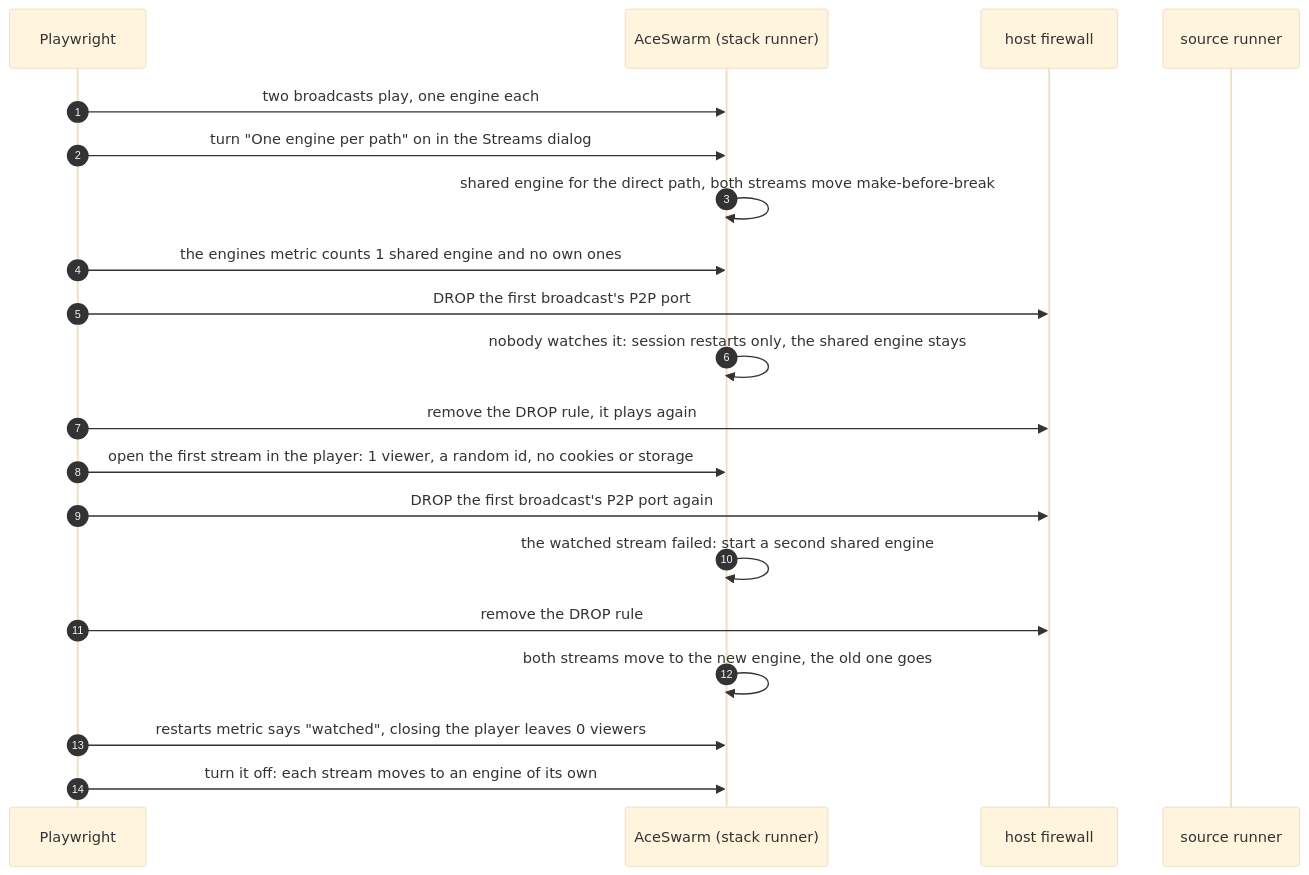
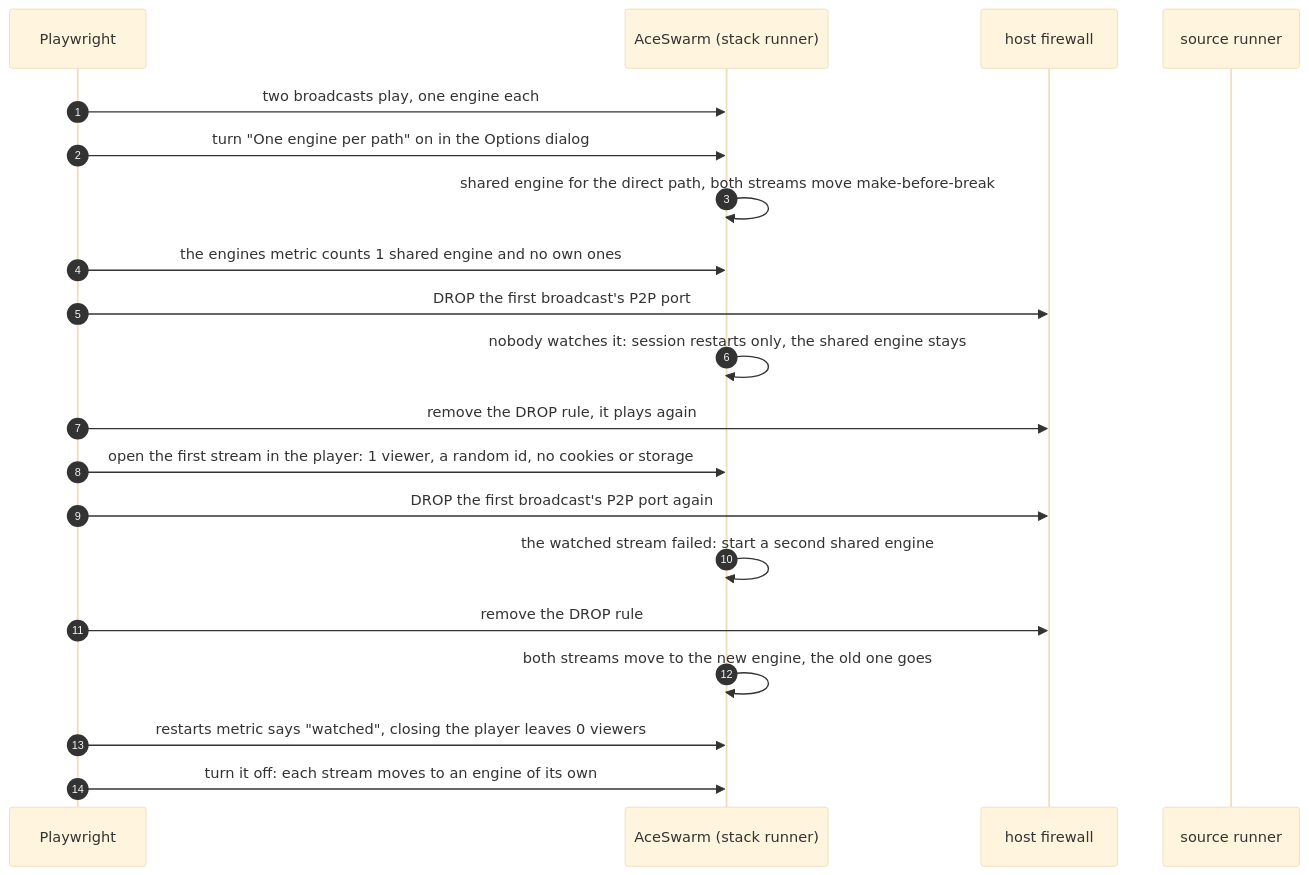
One commit to sergimn/AceSwarm changed diagram 12 of 14 in e2e/README.md. Above: the diagram before and after it, drawn with Mermaid (base theme). The commit also changed other lines of this file and 9 other files, not shown here.

First line of the commit message:
Move the tile previews, engine sharing and hot standby settings to Options at the bottom of the rail

````diff
--- a/e2e/README.md
+++ b/e2e/README.md
@@ -330,22 +330,22 @@
 ```mermaid
 sequenceDiagram
   autonumber
   participant T as Playwright
   participant AS as AceSwarm (stack runner)
   participant FW as host firewall
   participant SRC as source runner
   T->>AS: two broadcasts play, one engine each
-  T->>AS: turn "One engine per path" on in the Streams dialog
+  T->>AS: turn "One engine per path" on in the Options dialog
   AS->>AS: shared engine for the direct path, both streams move make-before-break
   T->>AS: the engines metric counts 1 shared engine and no own ones
   T->>FW: DROP the first broadcast's P2P port
   AS->>AS: nobody watches it: session restarts only, the shared engine stays
   T->>FW: remove the DROP rule, it plays again
   T->>AS: open the first stream in the player: 1 viewer, a random id, no cookies or storage
   T->>FW: DROP the first broadcast's P2P port again
   AS->>AS: the watched stream failed: start a second shared engine
   T->>FW: remove the DROP rule
   AS->>AS: both streams move to the new engine, the old one goes
   T->>AS: restarts metric says "watched", closing the player leaves 0 viewers
   T->>AS: turn it off: each stream moves to an engine of its own
 ```
````
